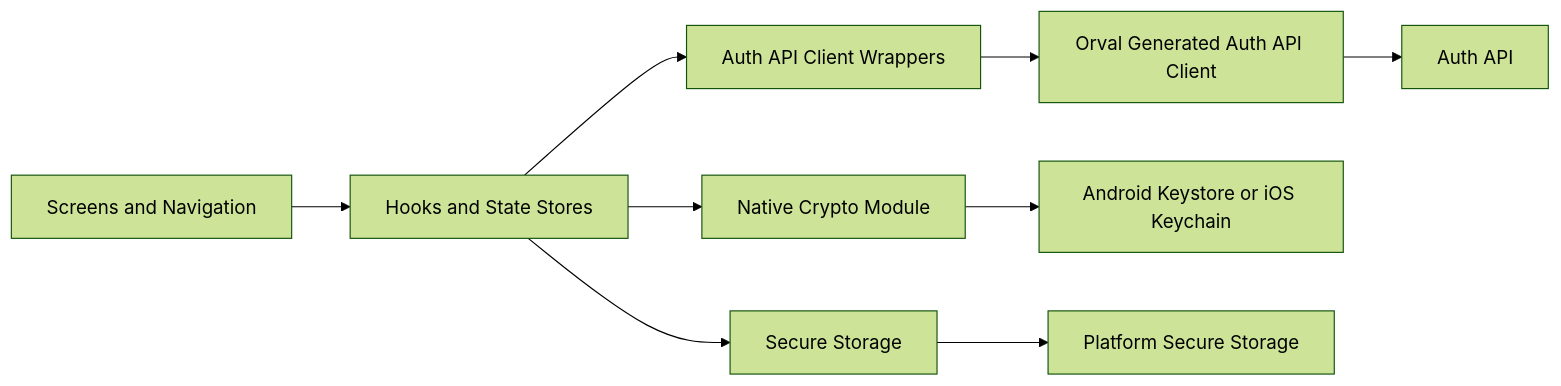
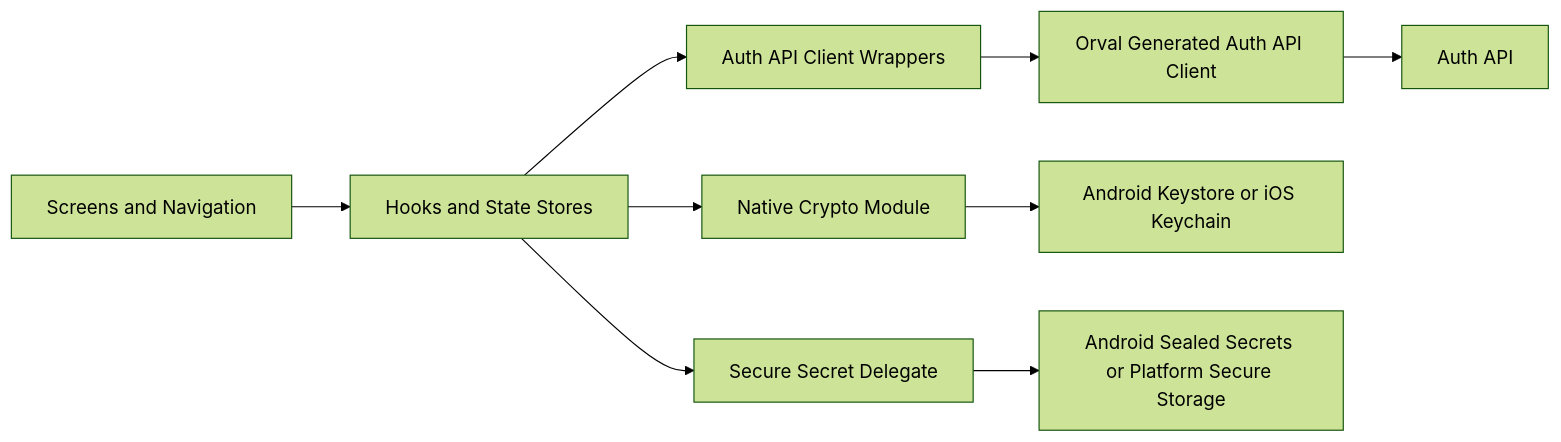
The diagram in product-docs/components/mobile/stack-and-architecture.md (mgagp/ezkey), drawn with Mermaid (forest theme) before and after one commit. The commit also changed other lines of this file and 31 other files, not shown here.

First line of the commit message:
feat: Implement Android sealed secrets for long-lived enrollment values

````diff
--- a/product-docs/components/mobile/stack-and-architecture.md
+++ b/product-docs/components/mobile/stack-and-architecture.md
@@ -46,11 +46,11 @@
 ```mermaid
 flowchart LR
     ui[Screens and Navigation] --> hooks[Hooks and State Stores]
     hooks --> apiServices[Auth API Client Wrappers]
     apiServices --> generatedClient[Orval Generated Auth API Client]
     generatedClient --> authApi[Auth API]
     hooks --> cryptoService[Native Crypto Module]
     cryptoService --> keystore[Android Keystore or iOS Keychain]
-    hooks --> secureStorage[Secure Storage]
-    secureStorage --> deviceStorage[Platform Secure Storage]
+    hooks --> secureStorage[Secure Secret Delegate]
+    secureStorage --> deviceStorage[Android Sealed Secrets or Platform Secure Storage]
 ```
````
